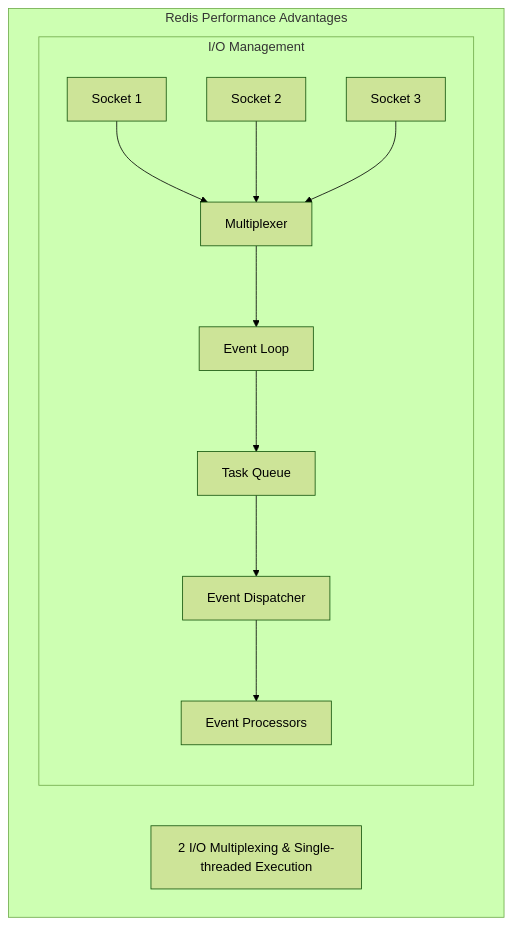
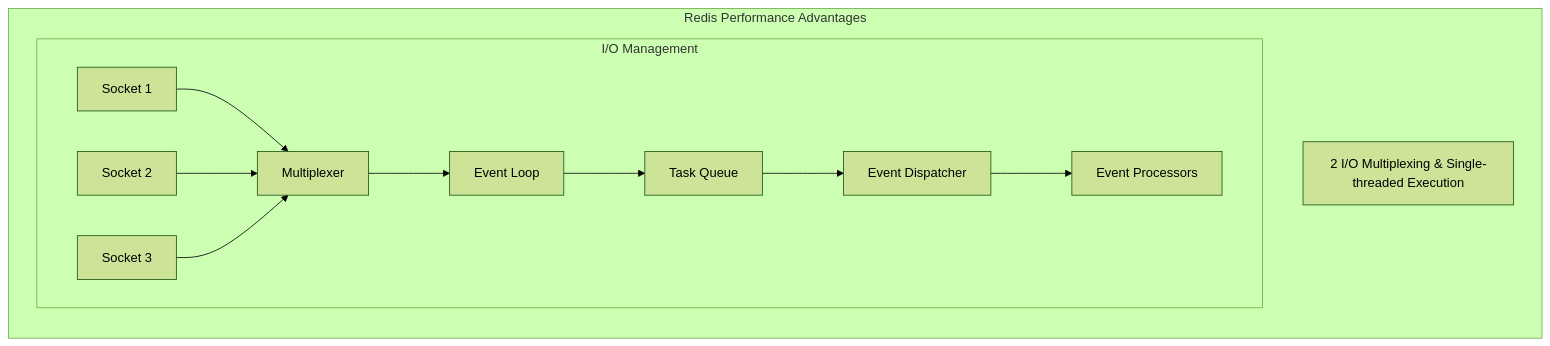
Before and after one commit to uwspstar/20-Day-Challenge-List: the second of 3 diagrams in System Design/System Design Interview/为什么Redis如此快速.md, drawn with Mermaid (forest theme). The commit also changed other lines of this file, not shown here.

````diff
--- a/System Design/System Design Interview/为什么Redis如此快速.md
+++ b/System Design/System Design Interview/为什么Redis如此快速.md
@@ -67,24 +67,24 @@
 ```mermaid
-flowchart TB
+flowchart LR
     subgraph "Redis Performance Advantages" 
         IO["2 I/O Multiplexing & Single-threaded Execution"]
         
         subgraph "I/O Management"
             Socket1["Socket 1"]
             Socket2["Socket 2"]
             Socket3["Socket 3"]
             Mux["Multiplexer"]
             ELoop["Event Loop"]
             Queue["Task Queue"]
             Dispatch["Event Dispatcher"]
             Process["Event Processors"]
         
         
            Socket1 & Socket2 & Socket3 --> Mux
            Mux --> ELoop
            ELoop --> Queue
            Queue --> Dispatch
            Dispatch --> Process
         end
  end
 ```
````
